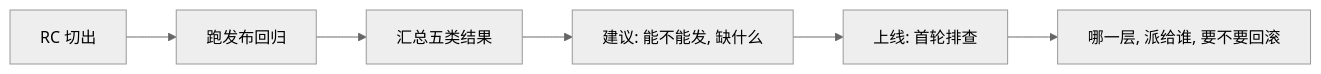
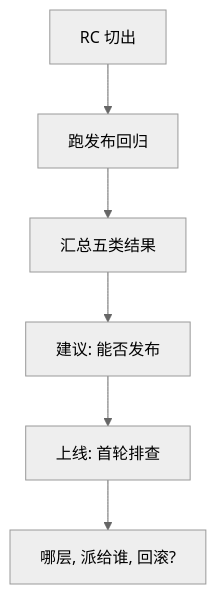
The diagram in vault/interviews/companies/cerebras/deck/cards/role/cbr-role-a-week.md (ChiChasesCheese/trellis), drawn with Mermaid (neutral theme) before and after one commit. The commit also changed 27 other files, not shown here.

First line of the commit message:
Cerebras HM prep: phone-sized diagrams and two corrected facts in the 100 cards for the hiring-manager round

````diff
--- a/vault/interviews/companies/cerebras/deck/cards/role/cbr-role-a-week.md
+++ b/vault/interviews/companies/cerebras/deck/cards/role/cbr-role-a-week.md
@@ -20,8 +20,8 @@
 ```mermaid
-flowchart LR
+flowchart TD
     A["RC 切出"] --> B["跑发布回归"]
     B --> C["汇总五类结果"]
-    C --> D["建议: 能不能发, 缺什么"]
+    C --> D["建议: 能否发布"]
     D --> E["上线: 首轮排查"]
-    E --> F["哪一层, 派给谁, 要不要回滚"]
+    E --> F["哪层, 派给谁, 回滚?"]
 ```
````
